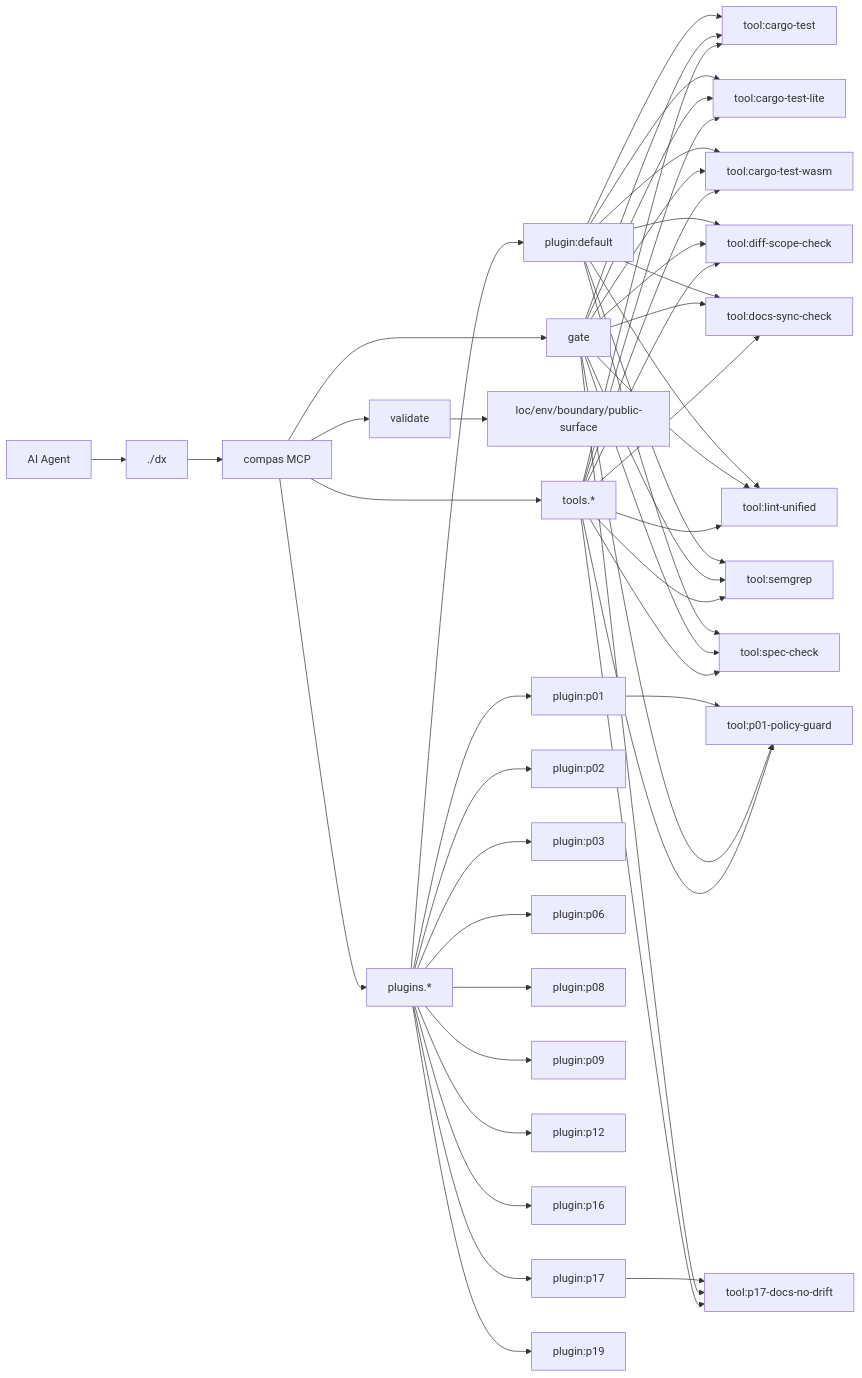
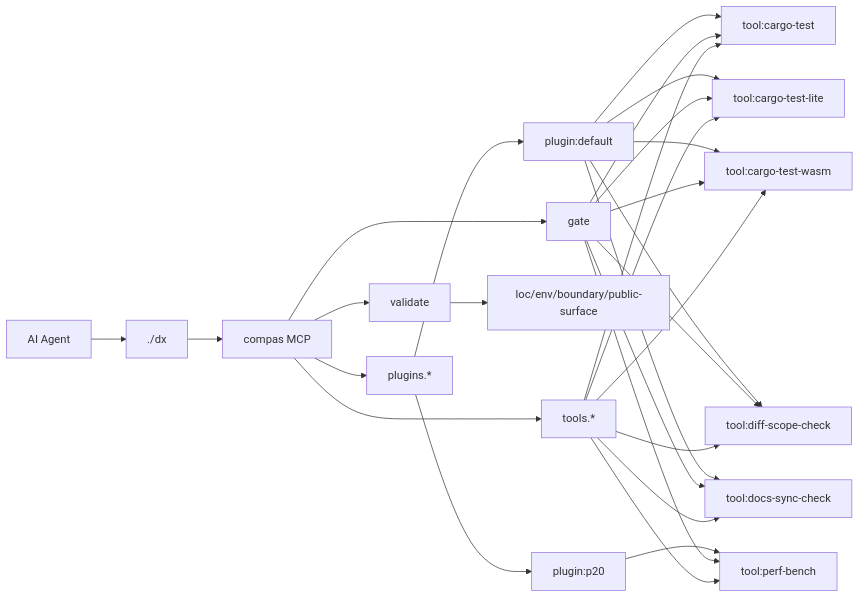
Before and after one commit to AmirTlinov/compas: the diagram in AGENTS.md, drawn with Mermaid. The commit also changed other lines of this file and 8 other files, not shown here.

````diff
--- a/AGENTS.md
+++ b/AGENTS.md
@@ -66,51 +53,30 @@
 ```mermaid
 flowchart LR
   Agent[AI Agent] --> DX[./dx]
   DX --> MCP[compas MCP]
   MCP --> V[validate]
   MCP --> G[gate]
   MCP --> PL[plugins.*]
   MCP --> TL[tools.*]
   V --> C1[loc/env/boundary/public-surface]
   PL --> P_default["plugin:default"]
   P_default --> T_cargo_test["tool:cargo-test"]
   G --> T_cargo_test
   P_default --> T_cargo_test_lite["tool:cargo-test-lite"]
   G --> T_cargo_test_lite
   P_default --> T_cargo_test_wasm["tool:cargo-test-wasm"]
   G --> T_cargo_test_wasm
   P_default --> T_diff_scope_check["tool:diff-scope-check"]
   G --> T_diff_scope_check
   P_default --> T_docs_sync_check["tool:docs-sync-check"]
   G --> T_docs_sync_check
-  P_default --> T_lint_unified["tool:lint-unified"]
-  G --> T_lint_unified
-  P_default --> T_semgrep["tool:semgrep"]
-  G --> T_semgrep
-  P_default --> T_spec_check["tool:spec-check"]
-  G --> T_spec_check
-  PL --> P_p01["plugin:p01"]
-  P_p01 --> T_p01_policy_guard["tool:p01-policy-guard"]
-  G --> T_p01_policy_guard
-  PL --> P_p02["plugin:p02"]
-  PL --> P_p03["plugin:p03"]
-  PL --> P_p06["plugin:p06"]
-  PL --> P_p08["plugin:p08"]
-  PL --> P_p09["plugin:p09"]
-  PL --> P_p12["plugin:p12"]
-  PL --> P_p16["plugin:p16"]
-  PL --> P_p17["plugin:p17"]
-  P_p17 --> T_p17_docs_no_drift["tool:p17-docs-no-drift"]
-  G --> T_p17_docs_no_drift
-  PL --> P_p19["plugin:p19"]
+  PL --> P_p20["plugin:p20"]
+  P_p20 --> T_perf_bench["tool:perf-bench"]
+  G --> T_perf_bench
   TL --> T_cargo_test
   TL --> T_cargo_test_lite
   TL --> T_cargo_test_wasm
   TL --> T_diff_scope_check
   TL --> T_docs_sync_check
-  TL --> T_lint_unified
-  TL --> T_p01_policy_guard
-  TL --> T_p17_docs_no_drift
-  TL --> T_semgrep
-  TL --> T_spec_check
+  TL --> T_perf_bench
 ```
````
